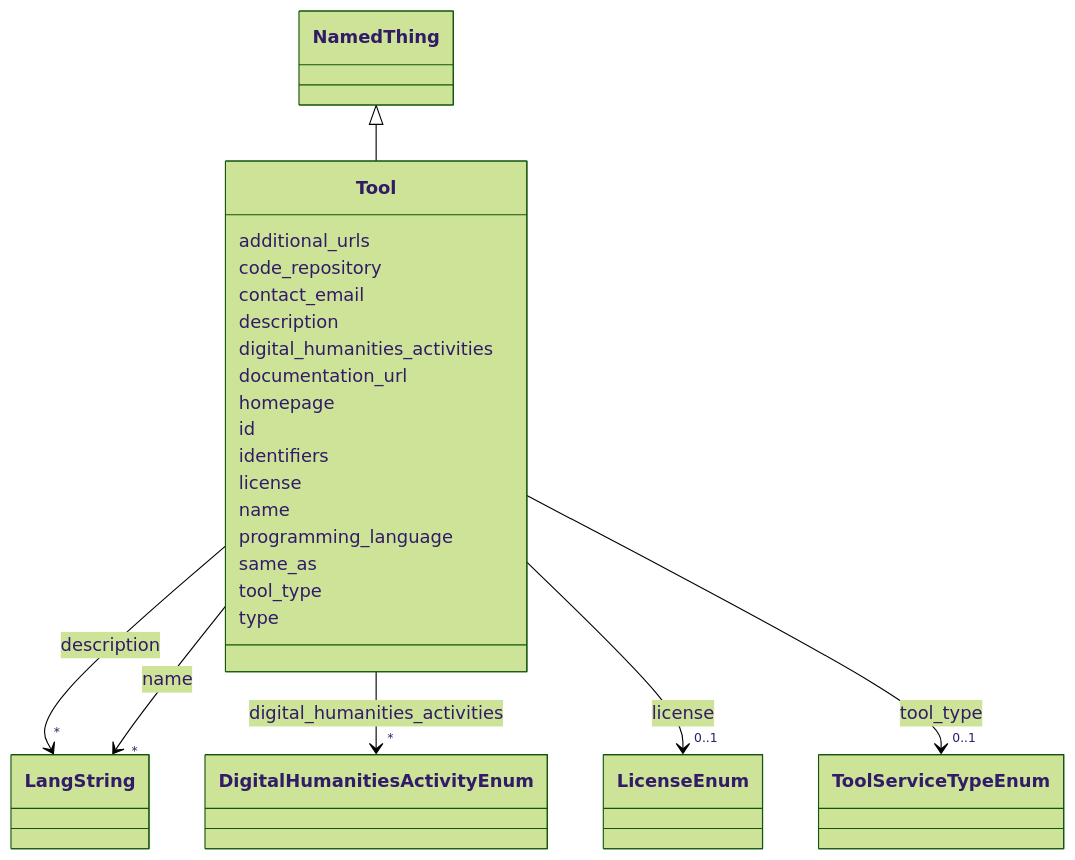
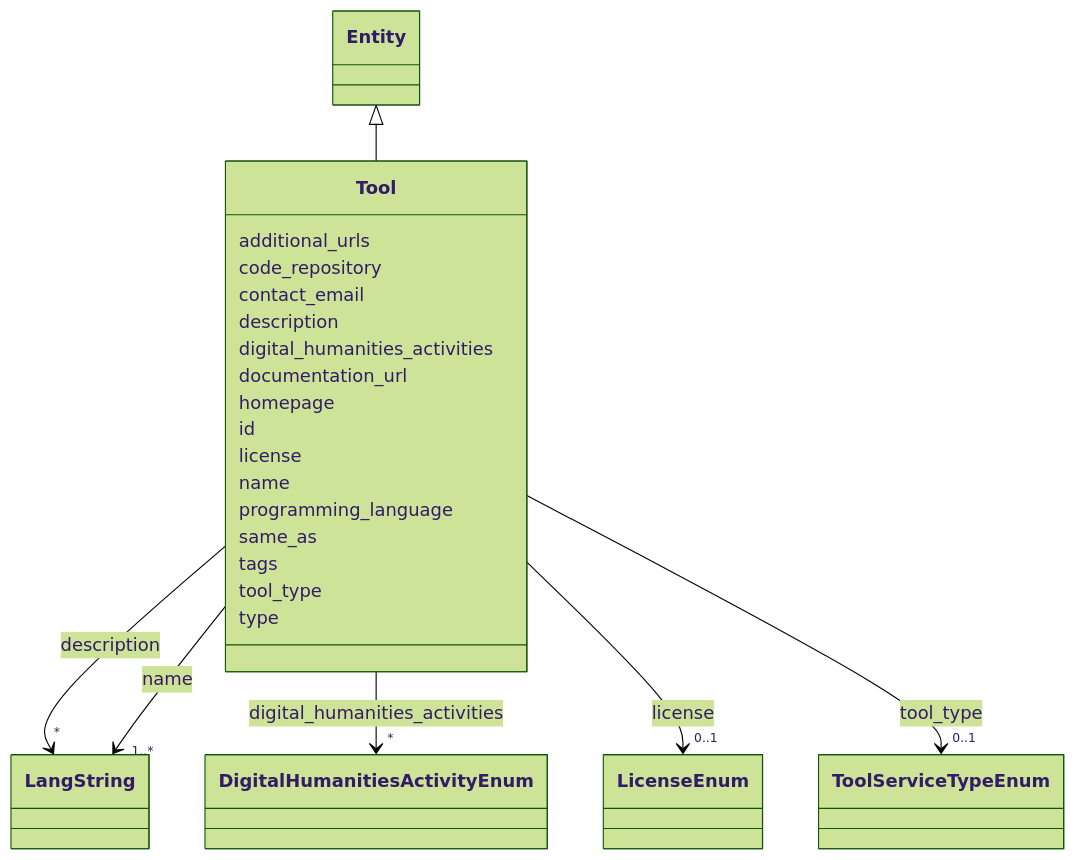
Before and after one commit to DARIAH-IL/idhi-manifests: the diagram in docs/classes/Tool.md, drawn with Mermaid (forest theme). The commit also changed other lines of this file and 99 other files, not shown here.

````diff
--- a/docs/classes/Tool.md
+++ b/docs/classes/Tool.md
@@ -23,84 +23,84 @@
 ```mermaid
  classDiagram
     class Tool
     click Tool href "../../classes/Tool/"
-      NamedThing <|-- Tool
-        click NamedThing href "../../classes/NamedThing/"
+      Entity <|-- Tool
+        click Entity href "../../classes/Entity/"
       
       Tool : additional_urls
         
       Tool : code_repository
         
       Tool : contact_email
         
       Tool : description
         
           
     
         
         
         Tool --> "*" LangString : description
         click LangString href "../../classes/LangString/"
     
 
         
       Tool : digital_humanities_activities
         
           
     
         
         
         Tool --> "*" DigitalHumanitiesActivityEnum : digital_humanities_activities
         click DigitalHumanitiesActivityEnum href "../../enums/DigitalHumanitiesActivityEnum/"
     
 
         
       Tool : documentation_url
         
       Tool : homepage
         
       Tool : id
         
-      Tool : identifiers
-        
       Tool : license
         
           
     
         
         
         Tool --> "0..1" LicenseEnum : license
         click LicenseEnum href "../../enums/LicenseEnum/"
     
 
         
       Tool : name
         
           
     
         
         
-        Tool --> "*" LangString : name
+        Tool --> "1..*" LangString : name
         click LangString href "../../classes/LangString/"
     
 
         
       Tool : programming_language
         
       Tool : same_as
+        
+      Tool : tags
         
       Tool : tool_type
         
           
     
         
         
         Tool --> "0..1" ToolServiceTypeEnum : tool_type
         click ToolServiceTypeEnum href "../../enums/ToolServiceTypeEnum/"
     
 
         
       Tool : type
         
       
 ```
````
